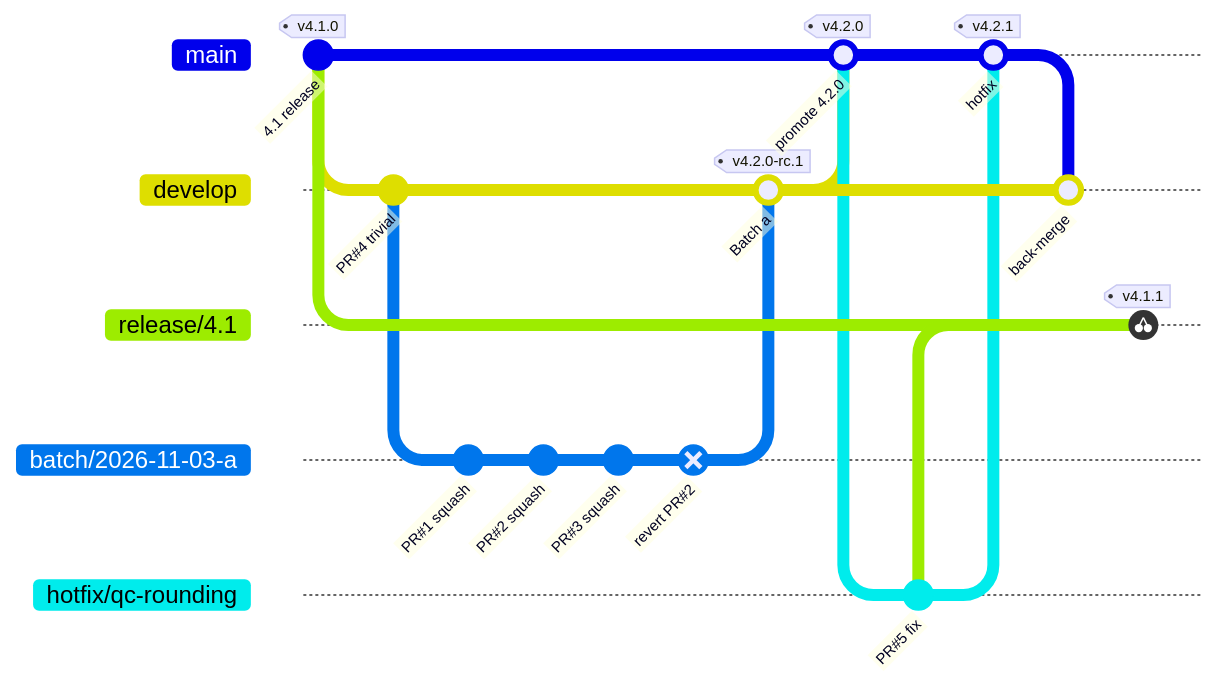
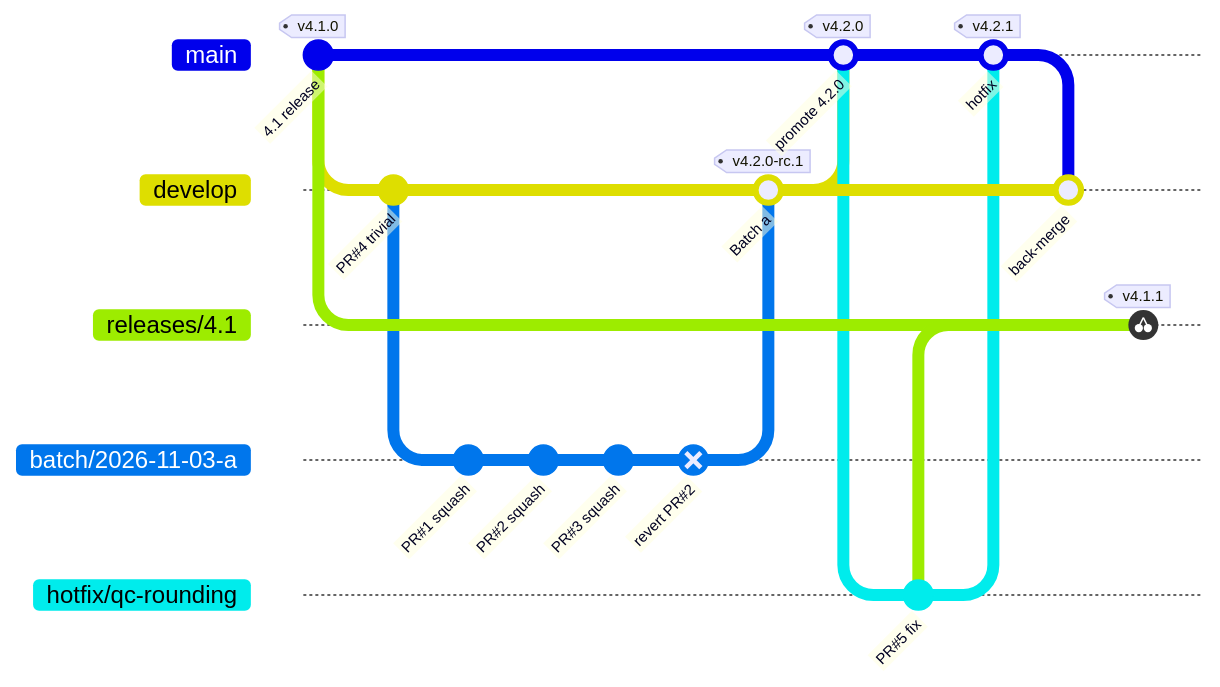
The second of 5 diagrams in docs/agent-workflow/diagrams.md (nsmela/qatrackplus), drawn with Mermaid before and after one commit. The commit also changed other lines of this file and 2 other files, not shown here.

Commit message:
Keep the existing releases/X.Y branch name in notes and REVIEW.md
Claude-Session: https://claude.ai/code/session_0147pFACANzyQivsGXSrDyib

````diff
--- a/docs/agent-workflow/diagrams.md
+++ b/docs/agent-workflow/diagrams.md
@@ -41,27 +41,27 @@
 ```mermaid
 gitGraph
     commit id: "4.1 release" tag: "v4.1.0"
     branch develop
-    branch release/4.1
+    branch releases/4.1
     checkout develop
     commit id: "PR#4 trivial"
     branch batch/2026-11-03-a
     checkout batch/2026-11-03-a
     commit id: "PR#1 squash"
     commit id: "PR#2 squash"
     commit id: "PR#3 squash"
     commit id: "revert PR#2" type: REVERSE
     checkout develop
     merge batch/2026-11-03-a id: "Batch a" tag: "v4.2.0-rc.1"
     checkout main
     merge develop id: "promote 4.2.0" tag: "v4.2.0"
     branch hotfix/qc-rounding
     checkout hotfix/qc-rounding
     commit id: "PR#5 fix"
     checkout main
     merge hotfix/qc-rounding id: "hotfix" tag: "v4.2.1"
     checkout develop
     merge main id: "back-merge"
-    checkout release/4.1
+    checkout releases/4.1
     cherry-pick id: "PR#5 fix" tag: "v4.1.1"
 ```
````
